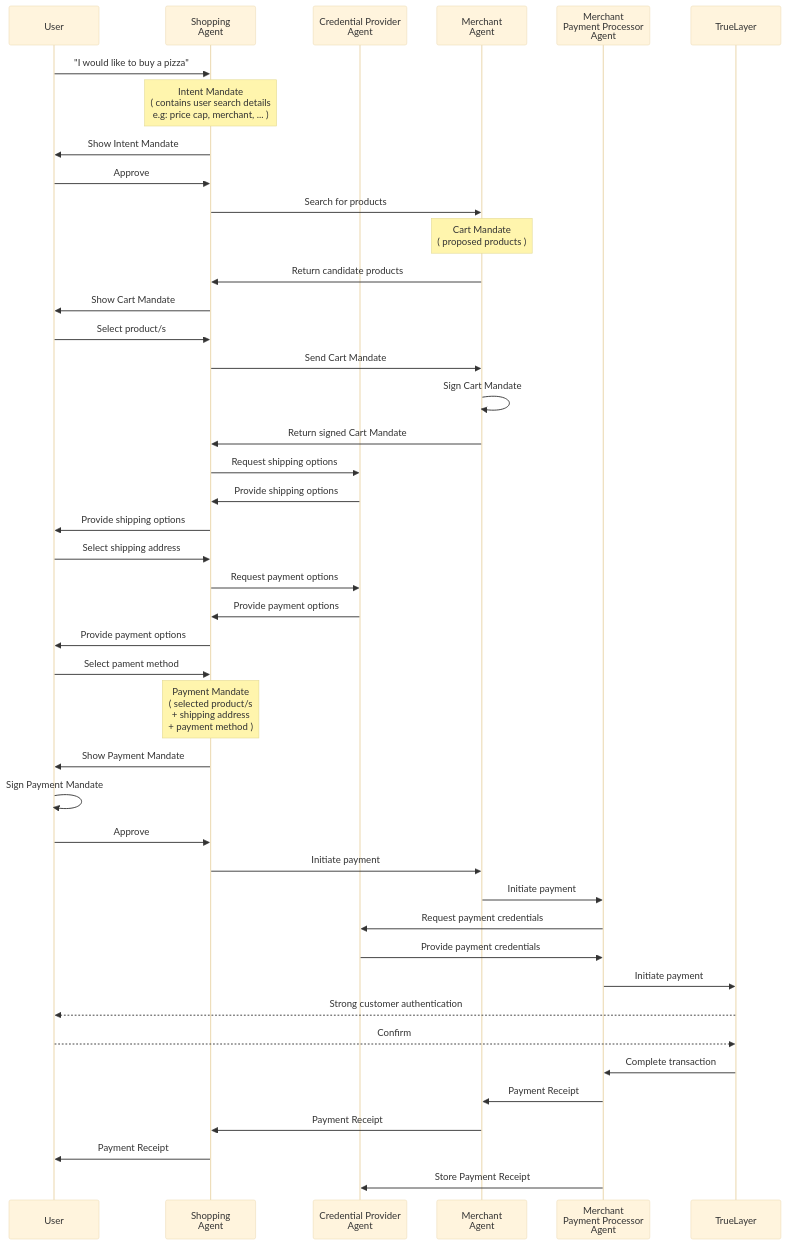
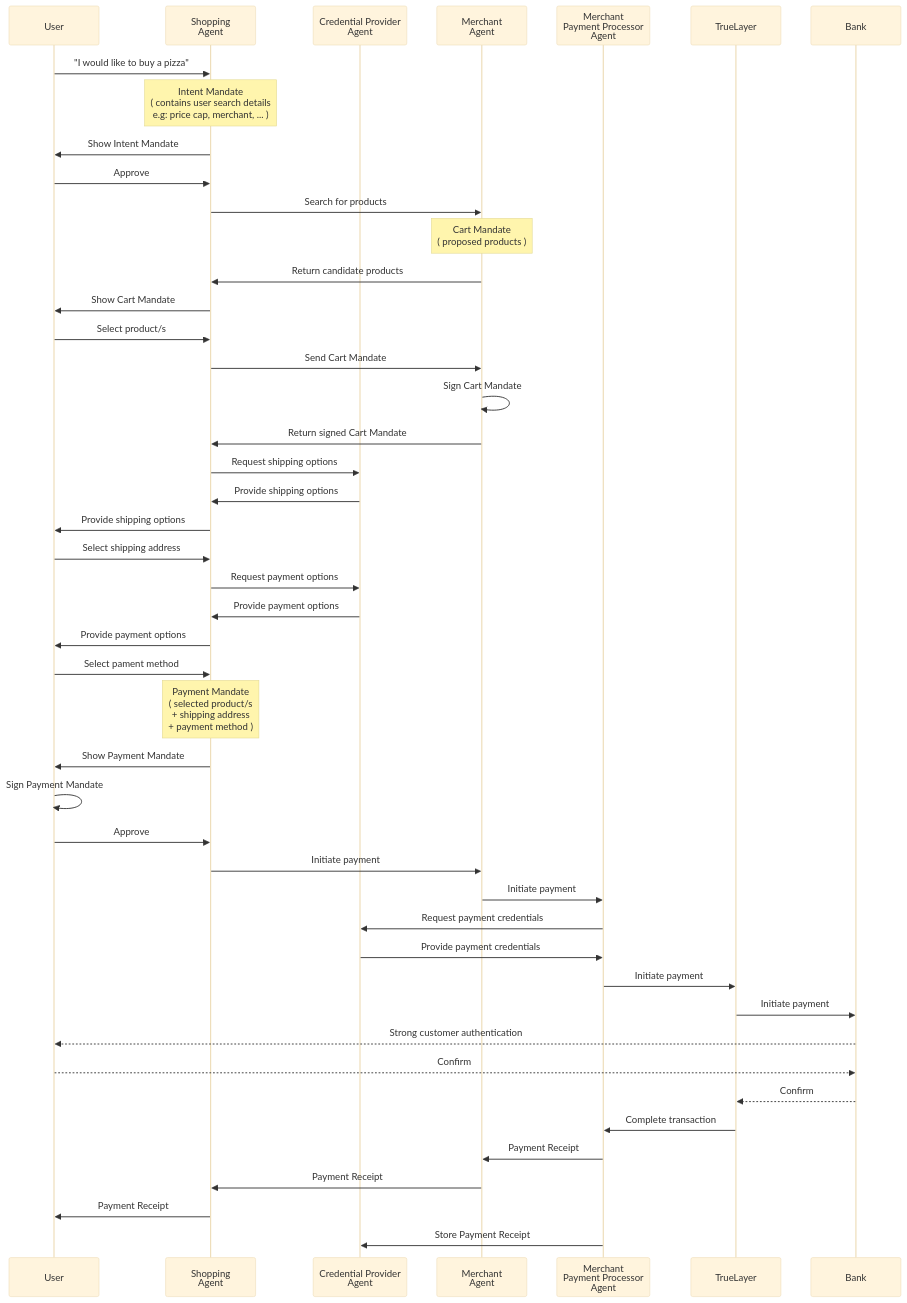
One commit to TrueLayer/google-AP2 changed the diagram in samples/python/scenarios/a2a/human-present/pay-by-bank/README.md. Above: the diagram before and after it, drawn with Mermaid (base theme).

Commit message:
+ bank in readme

````diff
--- a/samples/python/scenarios/a2a/human-present/pay-by-bank/README.md
+++ b/samples/python/scenarios/a2a/human-present/pay-by-bank/README.md
@@ -65,45 +65,49 @@
 ```mermaid
 sequenceDiagram
     participant U as User
     participant SA as Shopping<br/>Agent
     participant CPA as Credential Provider<br/>Agent
     participant MA as Merchant<br/>Agent
     participant MPP as Merchant<br/>Payment Processor<br/>Agent
     participant TL as TrueLayer
+    participant B as Bank
+
     U->>SA: "I would like to buy a pizza"
     Note over SA: Intent Mandate<br/>( contains user search details<br/>e.g: price cap, merchant, ... )
     SA->>U: Show Intent Mandate
     U->>SA: Approve
     SA->>MA: Search for products
     Note over MA: Cart Mandate<br/>( proposed products )
     MA->>SA: Return candidate products
     SA->>U: Show Cart Mandate
     U->>SA: Select product/s
     SA->>MA: Send Cart Mandate
     MA->>MA: Sign Cart Mandate
     MA->>SA: Return signed Cart Mandate
     SA->>CPA: Request shipping options
     CPA->>SA: Provide shipping options
     SA->>U: Provide shipping options
     U->>SA: Select shipping address
     SA->>CPA: Request payment options
     CPA->>SA: Provide payment options
     SA->>U: Provide payment options
     U->>SA: Select pament method
     Note over SA: Payment Mandate<br/>( selected product/s<br/>+ shipping address<br/>+ payment method )
     SA->>U: Show Payment Mandate
     U->>U: Sign Payment Mandate
     U->>SA: Approve
     SA->>MA: Initiate payment
     MA->>MPP: Initiate payment
     MPP->>CPA: Request payment credentials
     CPA->>MPP: Provide payment credentials
     MPP->>TL: Initiate payment
-    TL-->>U: Strong customer authentication
-    U-->>TL: Confirm
+    TL->>B: Initiate payment
+    B-->>U: Strong customer authentication
+    U-->>B: Confirm
+    B-->>TL: Confirm
     TL->>MPP: Complete transaction
     MPP->>MA: Payment Receipt
     MA->>SA: Payment Receipt
     SA->>U: Payment Receipt
     MPP->>CPA: Store Payment Receipt
 ```
````
